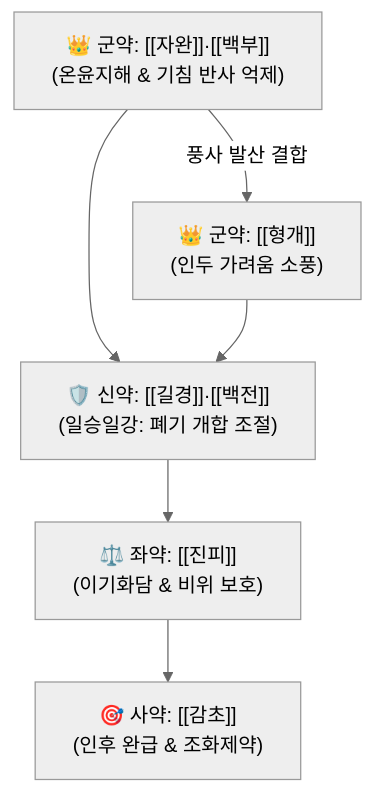
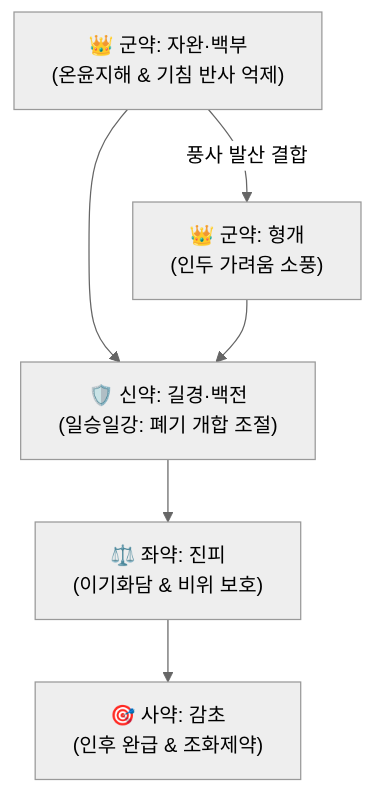
Before and after one commit to simbio11/simbio-digital-garden2: the diagram in content/2. 약리 공부/처방/01_해표제/지해산.md, drawn with Mermaid (neutral theme). The commit also changed other lines of this file and 323 other files, not shown here.

````diff
--- a/content/2. 약리 공부/처방/01_해표제/지해산.md
+++ b/content/2. 약리 공부/처방/01_해표제/지해산.md
@@ -47,8 +49,8 @@
 ```mermaid
 graph TD
-    Gun1["👑 군약: [[자완]]·[[백부]]<br>(온윤지해 & 기침 반사 억제)"] -->|풍사 발산 결합| Gun2["👑 군약: [[형개]]<br>(인두 가려움 소풍)"]
-    Gun1 --> Sin["🛡️ 신약: [[길경]]·[[백전]]<br>(일승일강: 폐기 개합 조절)"]
+    Gun1["👑 군약: 자완·백부<br>(온윤지해 & 기침 반사 억제)"] -->|풍사 발산 결합| Gun2["👑 군약: 형개<br>(인두 가려움 소풍)"]
+    Gun1 --> Sin["🛡️ 신약: 길경·백전<br>(일승일강: 폐기 개합 조절)"]
     Gun2 --> Sin
-    Sin --> Jwa["⚖️ 좌약: [[진피]]<br>(이기화담 & 비위 보호)"]
-    Jwa --> Sa["🎯 사약: [[감초]]<br>(인후 완급 & 조화제약)"]
+    Sin --> Jwa["⚖️ 좌약: 진피<br>(이기화담 & 비위 보호)"]
+    Jwa --> Sa["🎯 사약: 감초<br>(인후 완급 & 조화제약)"]
 ```
````
